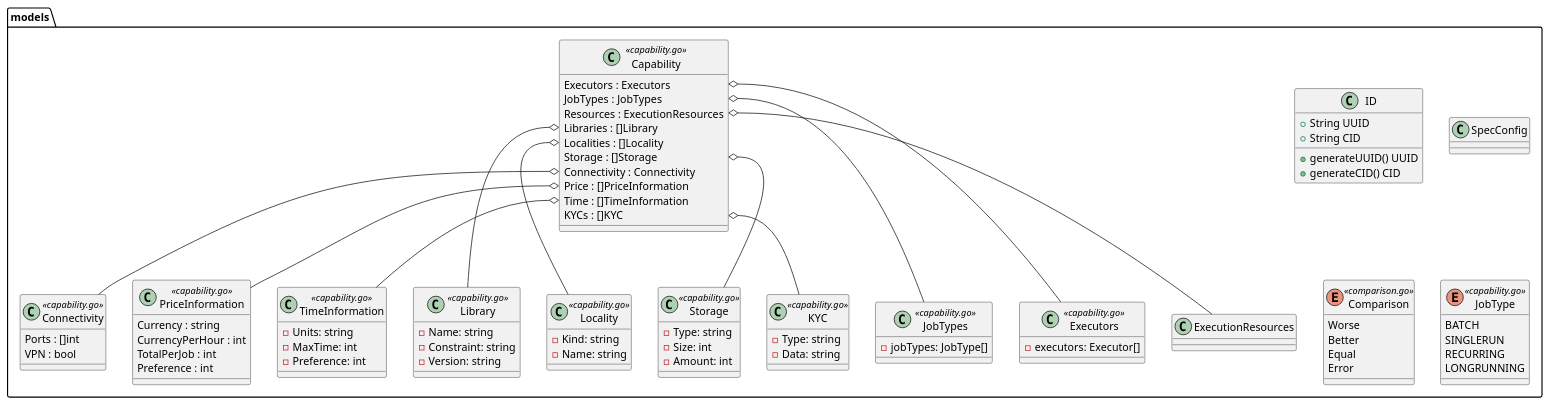
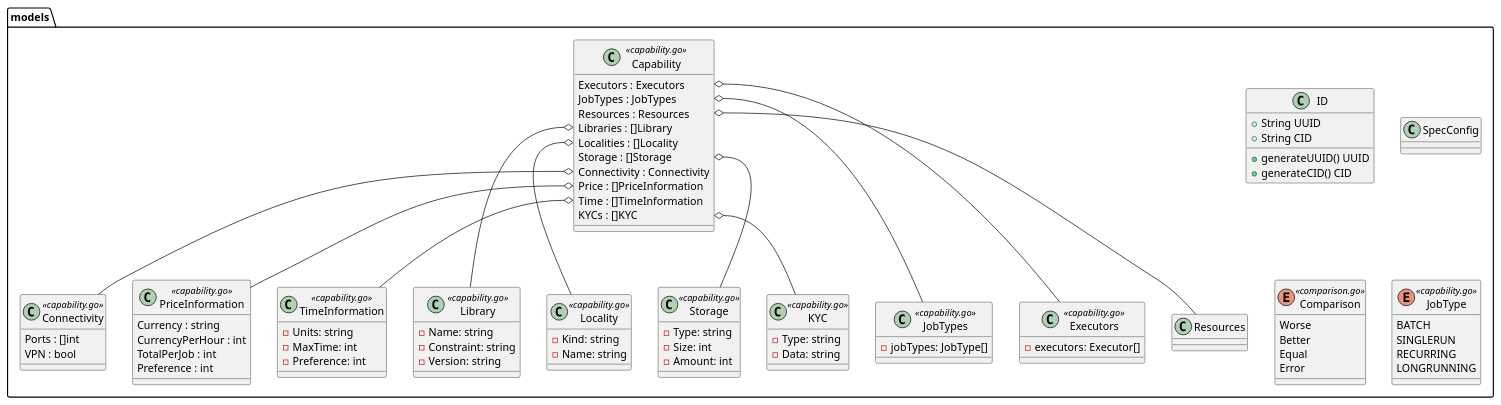
Before and after one commit to nunet/device-management-service: the diagram in types/specs/class_diagram.puml, drawn with PlantUML. The commit also changed 119 other files, not shown here.

```diff
--- a/types/specs/class_diagram.puml
+++ b/types/specs/class_diagram.puml
@@ -1,99 +1,99 @@
 ' START DIAGRAM
     class models.ID {
         +String UUID
         +String CID
         +generateUUID() UUID
         +generateCID() CID
     }
 
     class models.SpecConfig
 
     enum models.Comparison <<comparison.go>>{
    Worse
    Better
    Equal
    Error
  }
  
 class models.Capability <<capability.go>> {
    Executors : Executors
    JobTypes : JobTypes
-   Resources : ExecutionResources
+   Resources : Resources
    Libraries : []Library
    Localities : []Locality
    Storage : []Storage
    Connectivity : Connectivity
    Price : []PriceInformation
    Time : []TimeInformation
    KYCs : []KYC
 }
 
 class models.Connectivity <<capability.go>> {
    Ports : []int
    VPN : bool
 }
 
 class models.PriceInformation <<capability.go>> {
    Currency : string
    CurrencyPerHour : int
    TotalPerJob : int
    Preference : int
 }
 
 class models.TimeInformation  <<capability.go>> {
     - Units: string
     - MaxTime: int
     - Preference: int
 }
 
 class models.Library  <<capability.go>> {
     - Name: string
     - Constraint: string
     - Version: string
 }
 
 class models.Locality  <<capability.go>> {
     - Kind: string
     - Name: string
 }
 
 class models.Storage  <<capability.go>> {
     - Type: string
     - Size: int
     - Amount: int
 }
 
 class models.KYC  <<capability.go>> {
     - Type: string
     - Data: string
 }
 
 enum models.JobType  <<capability.go>> {
     BATCH
     SINGLERUN
     RECURRING
     LONGRUNNING
 }
 
 class models.JobTypes <<capability.go>> {
     - jobTypes: JobType[]
 }
 
 class models.Executors <<capability.go>> {
     - executors: Executor[]
 }
 
 ' END DIAGRAM
 
 ' START IN-PACKAGE RELATIONS
 models.Capability::Executors o-- models.Executors
 models.Capability::JobTypes o-- models.JobTypes
-models.Capability::Resources o-- models.ExecutionResources
+models.Capability::Resources o-- models.Resources
 models.Capability::Libraries o-- models.Library
 models.Capability::Localities o-- models.Locality
 models.Capability::Storage o-- models.Storage
 models.Capability::Connectivity o-- models.Connectivity
 models.Capability::Price o-- models.PriceInformation
 models.Capability::Time o-- models.TimeInformation
 models.Capability::KYCs o-- models.KYC
 ' END IN-PACKAGE RELATIONS
```
